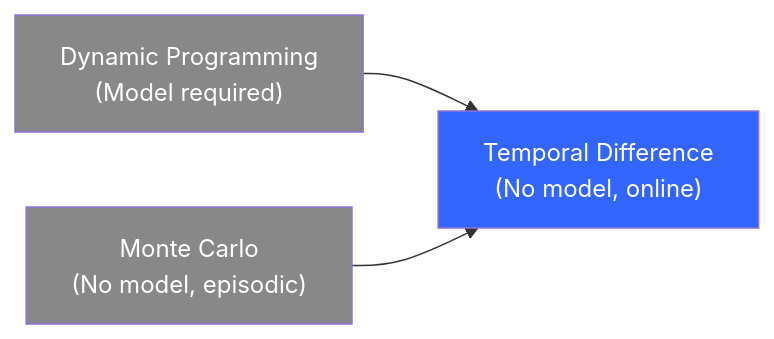
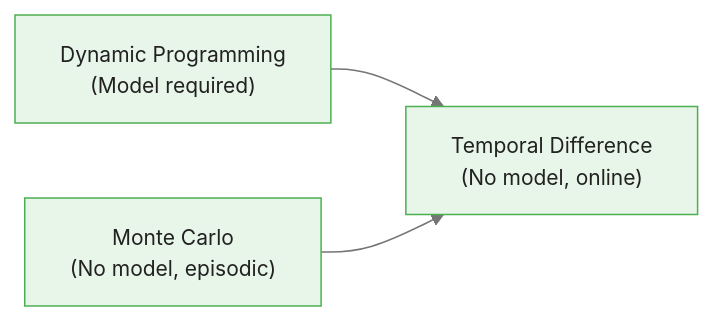
The diagram in courses/reinforcement-learning/modules/module_03_temporal_difference/guides/01_td_prediction_slides.md (m-deane/course-creator), drawn with Mermaid before and after one commit. The commit also changed other lines of this file and 131 other files, not shown here.

````diff
--- a/courses/reinforcement-learning/modules/module_03_temporal_difference/guides/01_td_prediction_slides.md
+++ b/courses/reinforcement-learning/modules/module_03_temporal_difference/guides/01_td_prediction_slides.md
@@ -21,9 +21,7 @@
 ```mermaid
+%%{init: {"theme": "base", "themeVariables": {"primaryColor": "#e8f5e9", "primaryBorderColor": "#4caf50", "primaryTextColor": "#212121", "secondaryColor": "#e3f2fd", "tertiaryColor": "#fff8e1", "lineColor": "#757575", "fontFamily": "Inter, sans-serif", "fontSize": "14px"}}}%%
 flowchart LR
     DP["Dynamic Programming\n(Model required)"] --> TD["Temporal Difference\n(No model, online)"]
     MC["Monte Carlo\n(No model, episodic)"] --> TD
 
-    style TD fill:#36f,color:#fff
-    style DP fill:#888,color:#fff
-    style MC fill:#888,color:#fff
 ```
````
